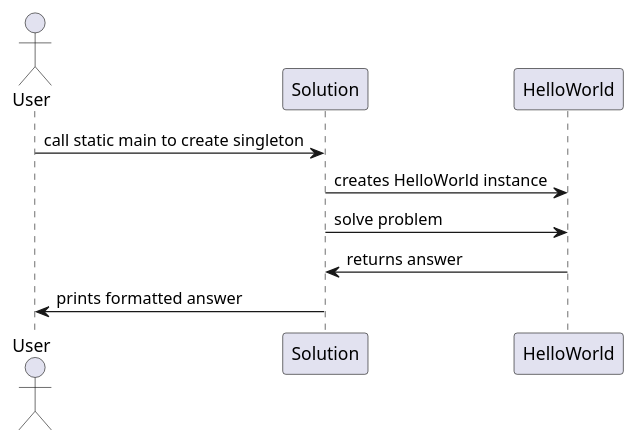
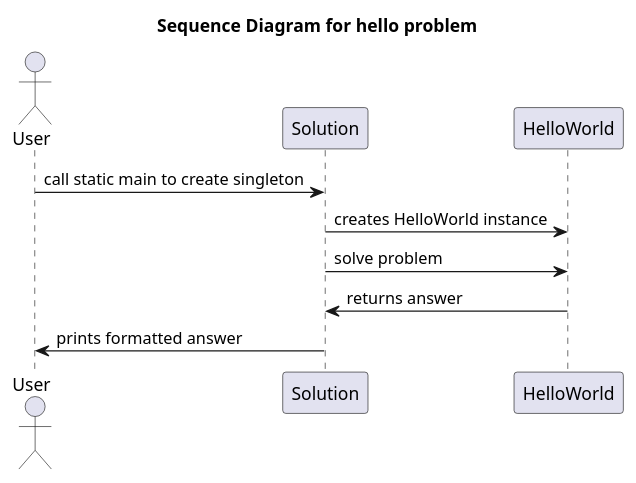
One commit to rambasnet/Object-Oriented-Programming-Design-Patterns changed the diagram in demo-assignments/A0-OOP/hello/uml/sequence.plantuml. Above: the diagram before and after it, drawn with PlantUML. The commit also changed 1 other file, not shown here.

Commit message:
update Helloworld Sequence diagram

```diff
--- a/demo-assignments/A0-OOP/hello/uml/sequence.plantuml
+++ b/demo-assignments/A0-OOP/hello/uml/sequence.plantuml
@@ -1,8 +1,9 @@
 @startuml SequenceDiagram
+title Sequence Diagram for hello problem
 actor User
 User -> Solution: call static main to create singleton
 Solution -> HelloWorld: creates HelloWorld instance
 Solution -> HelloWorld: solve problem
 HelloWorld -> Solution: returns answer
 Solution -> User: prints formatted answer
 @enduml
```
